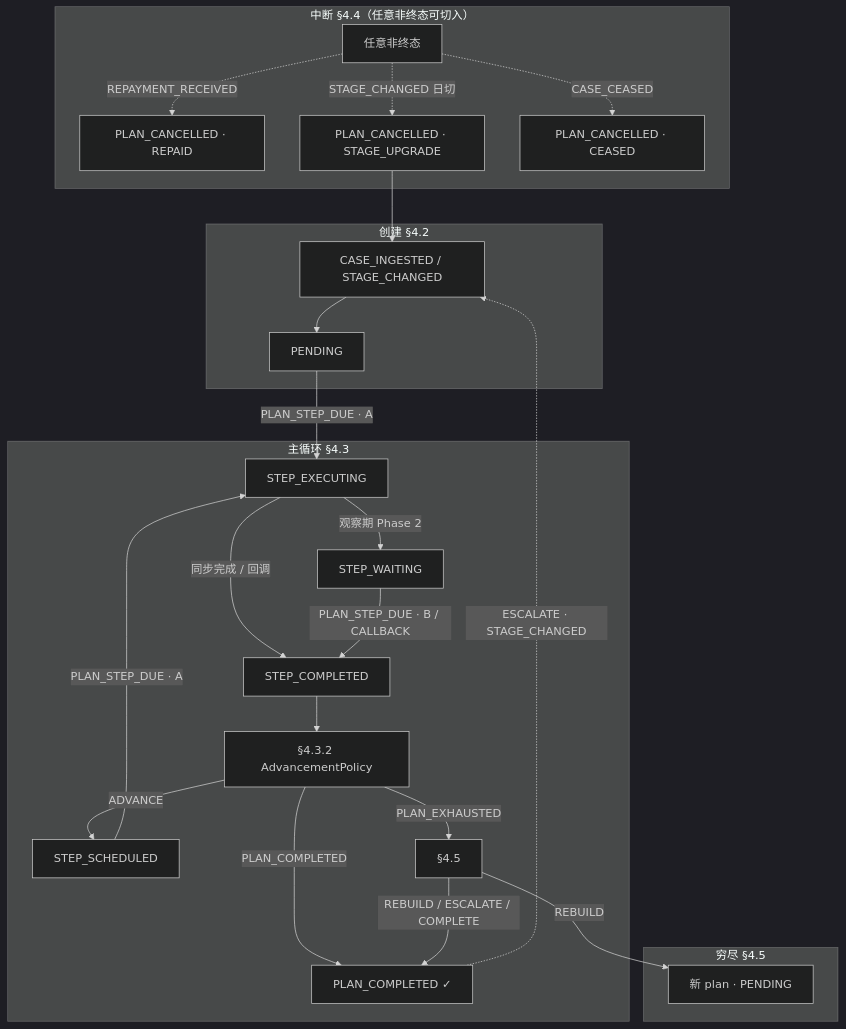
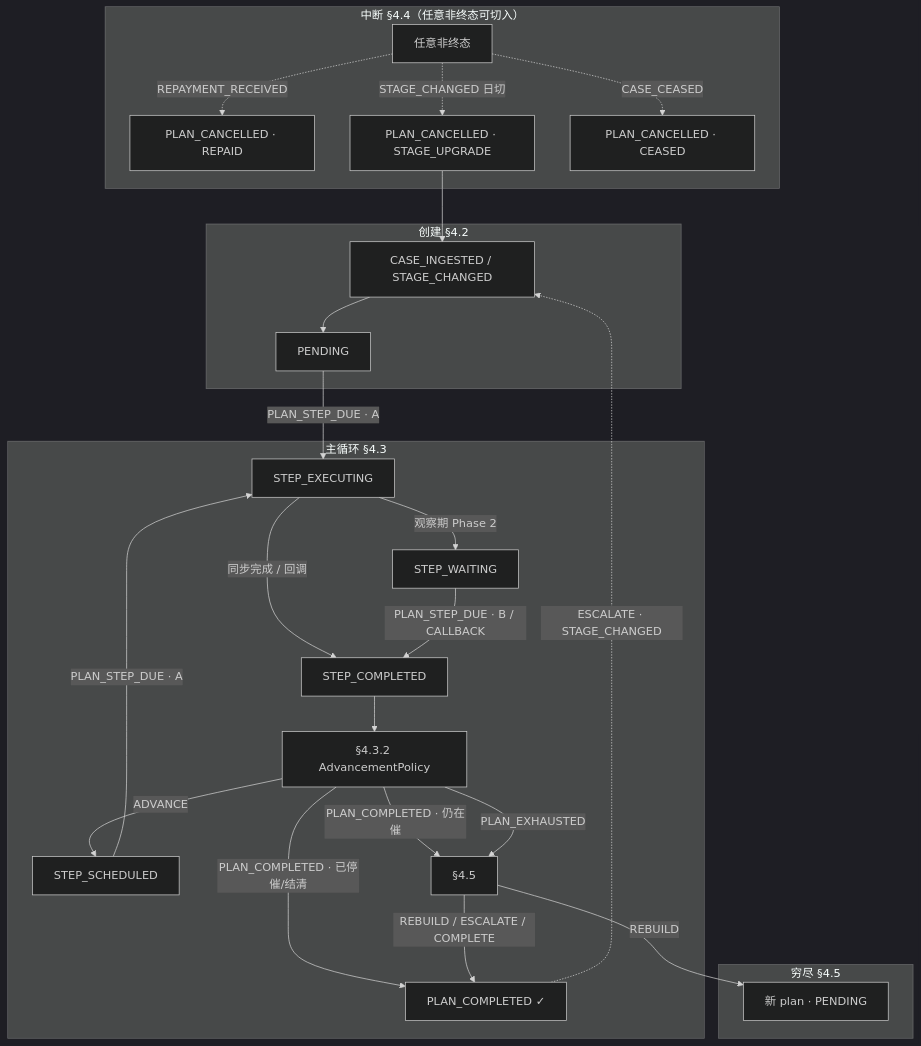
The fourth of 6 diagrams in docs/MOCASA催收系统升级_Phase1_核心引擎规格.md (katherineliu2102/Intelligent-Collection-V1), drawn with Mermaid (dark theme) before and after one commit. The commit also changed other lines of this file and 26 other files, not shown here.

````diff
--- a/docs/MOCASA催收系统升级_Phase1_核心引擎规格.md
+++ b/docs/MOCASA催收系统升级_Phase1_核心引擎规格.md
@@ -646,31 +658,32 @@
 ```mermaid
 flowchart TB
     subgraph create ["创建 §4.2"]
         IN["CASE_INGESTED / STAGE_CHANGED"] --> PENDING
     end
 
     subgraph main ["主循环 §4.3"]
         PENDING -->|PLAN_STEP_DUE · A| EXEC["STEP_EXECUTING"]
         SCHED["STEP_SCHEDULED"] -->|PLAN_STEP_DUE · A| EXEC
         EXEC -->|观察期 Phase 2| WAIT["STEP_WAITING"]
         EXEC -->|同步完成 / 回调| SC["STEP_COMPLETED"]
         WAIT -->|PLAN_STEP_DUE · B / CALLBACK| SC
         SC --> AP["§4.3.2 AdvancementPolicy"]
         AP -->|ADVANCE| SCHED
-        AP -->|PLAN_COMPLETED| DONE["PLAN_COMPLETED ✓"]
-        AP -->|PLAN_EXHAUSTED| EXH["§4.5"]
+        AP -->|PLAN_COMPLETED · 仍在催| EXH["§4.5"]
+        AP -->|PLAN_COMPLETED · 已停催/结清| DONE["PLAN_COMPLETED ✓"]
+        AP -->|PLAN_EXHAUSTED| EXH
     end
 
     subgraph exhaust ["穷尽 §4.5"]
         EXH -->|REBUILD| NP["新 plan · PENDING"]
         EXH -->|REBUILD / ESCALATE / COMPLETE| DONE
         DONE -.->|ESCALATE · STAGE_CHANGED| IN
     end
 
     subgraph intr ["中断 §4.4（任意非终态可切入）"]
         INTR["任意非终态"] -.->|REPAYMENT_RECEIVED| CR["PLAN_CANCELLED · REPAID"]
         INTR -.->|STAGE_CHANGED 日切| CS["PLAN_CANCELLED · STAGE_UPGRADE"]
         CS --> IN
         INTR -.->|CASE_CEASED| CC["PLAN_CANCELLED · CEASED"]
     end
 ```
````
